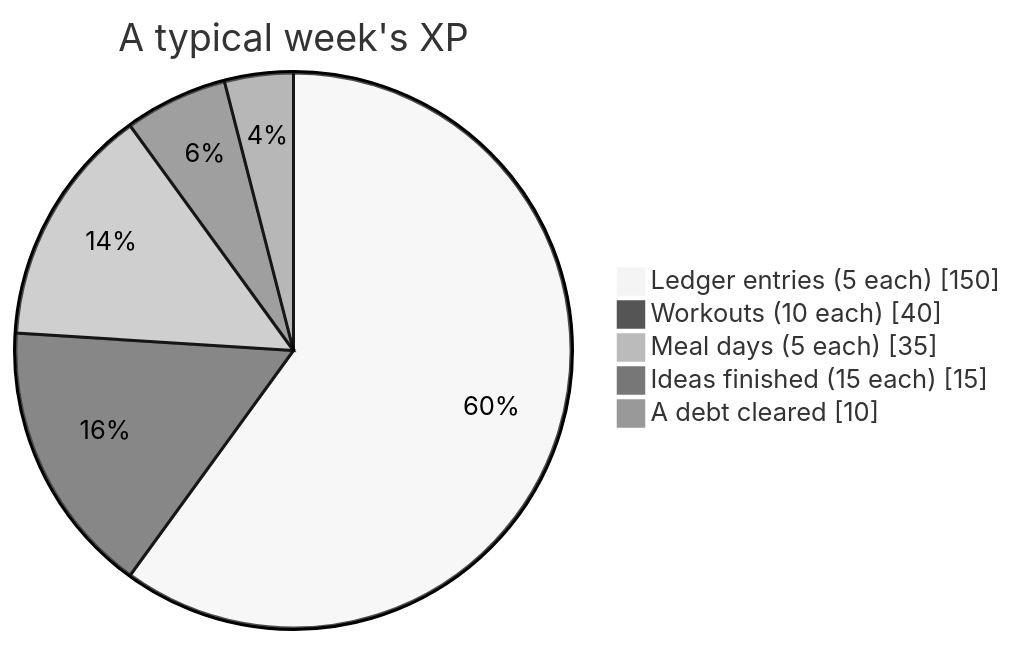
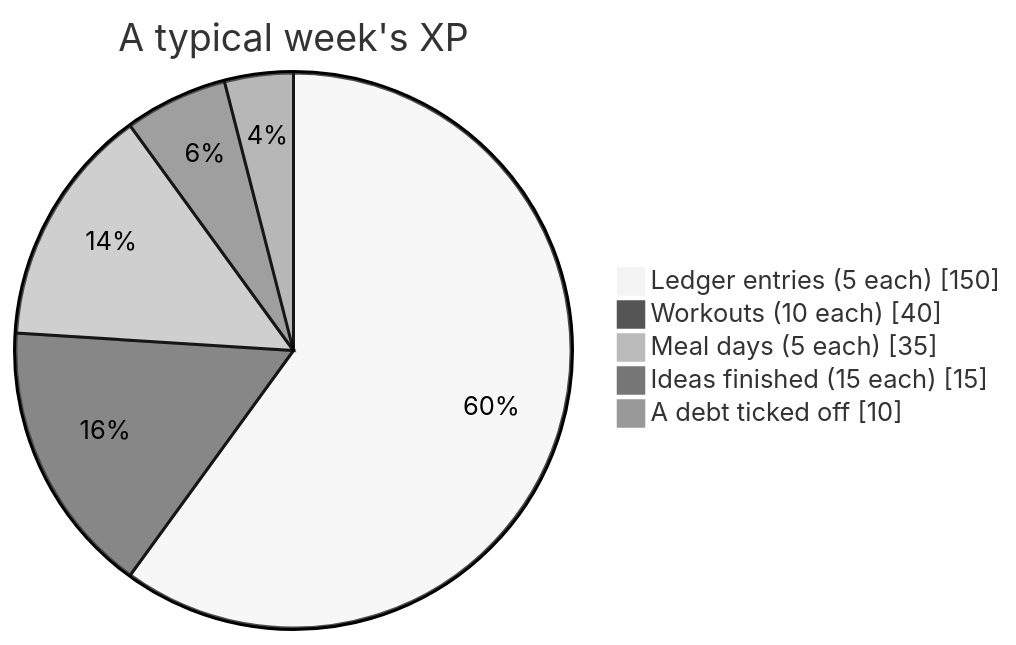
One commit to Morker/krugworld changed the tenth of 12 diagrams in docs/FEATURES.md. Above: the diagram before and after it, drawn with Mermaid (neutral theme). The commit also changed other lines of this file and 26 other files, not shown here.

````diff
--- a/docs/FEATURES.md
+++ b/docs/FEATURES.md
@@ -324,9 +325,9 @@
 ```mermaid
 pie showData
     title A typical week's XP
     "Ledger entries (5 each)" : 150
     "Workouts (10 each)" : 40
     "Meal days (5 each)" : 35
     "Ideas finished (15 each)" : 15
-    "A debt cleared" : 10
+    "A debt ticked off" : 10
 ```
````
